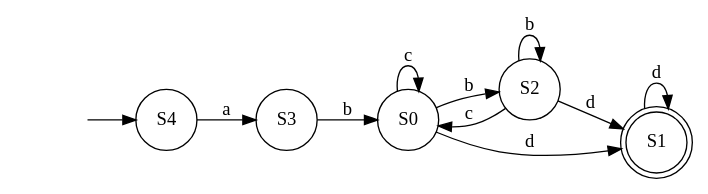
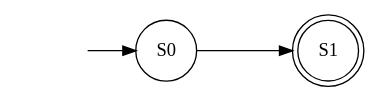
The diagram in DFA.gv (youssefhassan01/Compilers_Assignment), drawn with Graphviz before and after one commit. The commit also changed 7 other files, not shown here.

```diff
--- a/DFA.gv
+++ b/DFA.gv
@@ -1,19 +1,8 @@
 digraph DFA {
 	graph [rankdir=LR]
 	"" [label="" shape=plaintext]
 	S1 [label=S1 shape=doublecircle]
-	S4 [label=S4 shape=circle]
-	S2 [label=S2 shape=circle]
-	S3 [label=S3 shape=circle]
 	S0 [label=S0 shape=circle]
-	"" -> S4 [label=""]
-	S0 -> S2 [label=b]
-	S0 -> S0 [label=c]
-	S0 -> S1 [label=d]
-	S1 -> S1 [label=d]
-	S2 -> S2 [label=b]
-	S2 -> S0 [label=c]
-	S2 -> S1 [label=d]
-	S3 -> S0 [label=b]
-	S4 -> S3 [label=a]
+	"" -> S0 [label=""]
+	S0 -> S1 [label="	"]
 }
```
